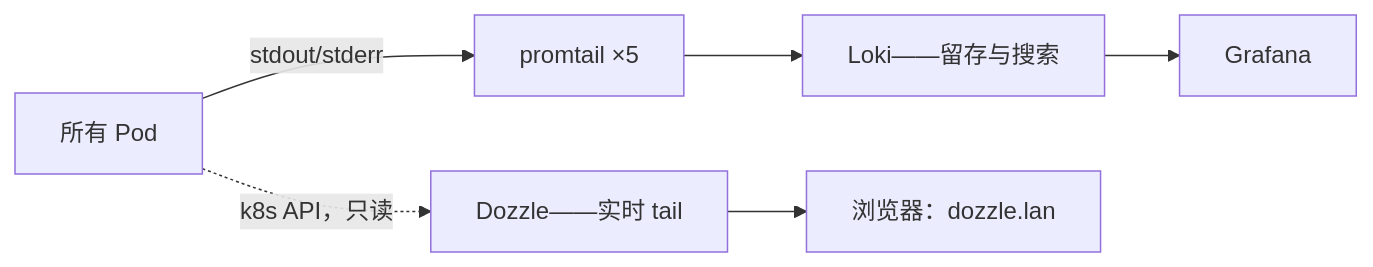
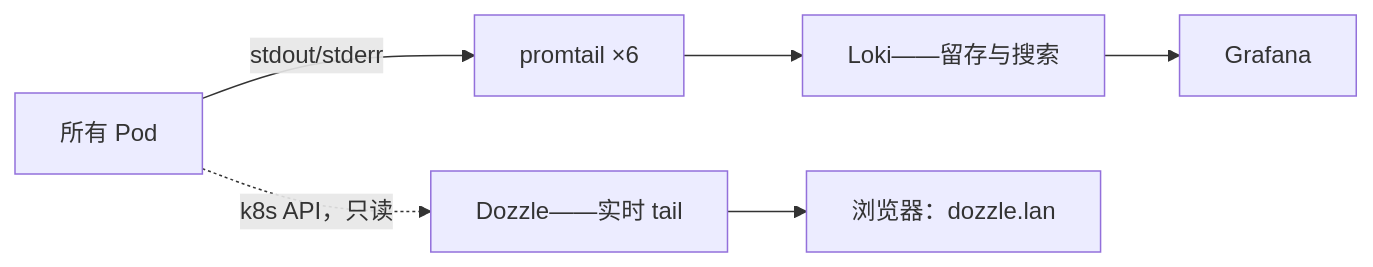
The diagram in docs-site/i18n/zh-Hans/docusaurus-plugin-content-docs/current/observability/logs.md (briancaffey/home-lab), drawn with Mermaid before and after one commit. The commit also changed other lines of this file and 15 other files, not shown here.

````diff
--- a/docs-site/i18n/zh-Hans/docusaurus-plugin-content-docs/current/observability/logs.md
+++ b/docs-site/i18n/zh-Hans/docusaurus-plugin-content-docs/current/observability/logs.md
@@ -23,8 +27,8 @@
 ```mermaid
 flowchart LR
-    PODS[所有 Pod] -->|stdout/stderr| PT[promtail ×5]
+    PODS[所有 Pod] -->|stdout/stderr| PT[promtail ×6]
     PT --> LOKI[Loki——留存与搜索]
     LOKI --> G[Grafana]
     PODS -.k8s API，只读.-> DZ[Dozzle——实时 tail]
     DZ --> B[浏览器：dozzle.lan]
 ```
````
